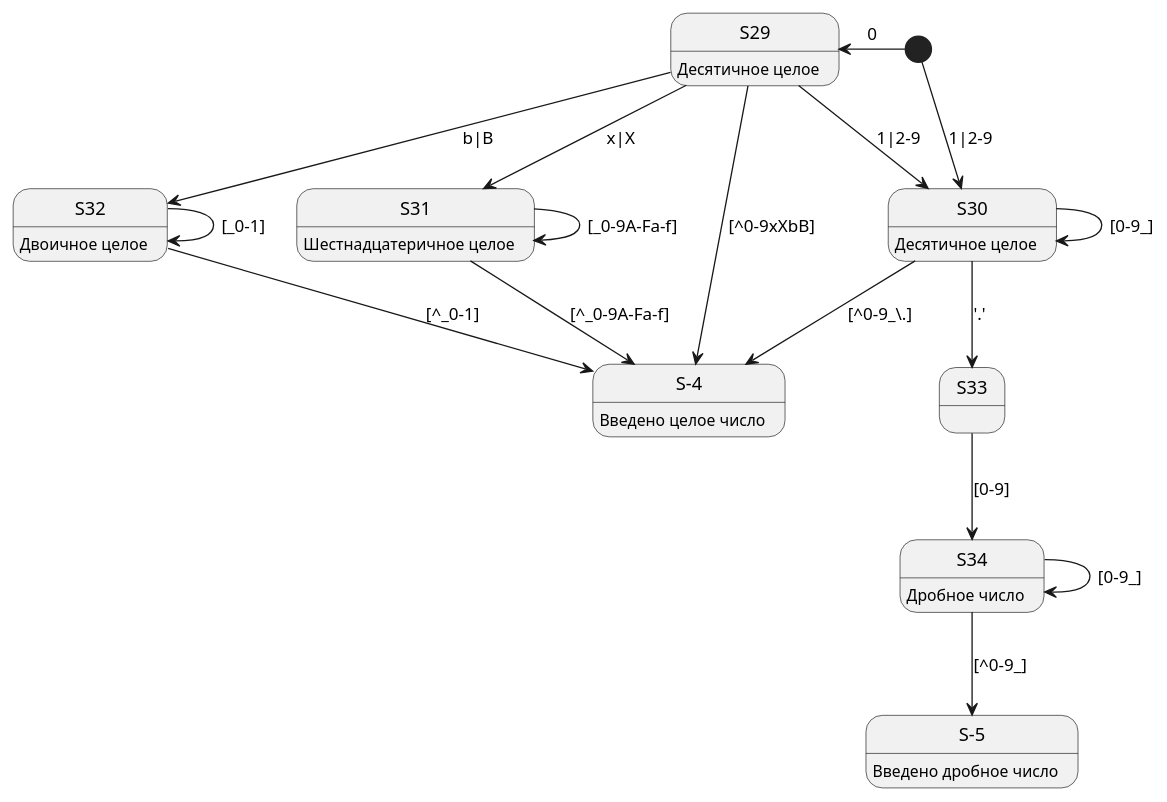
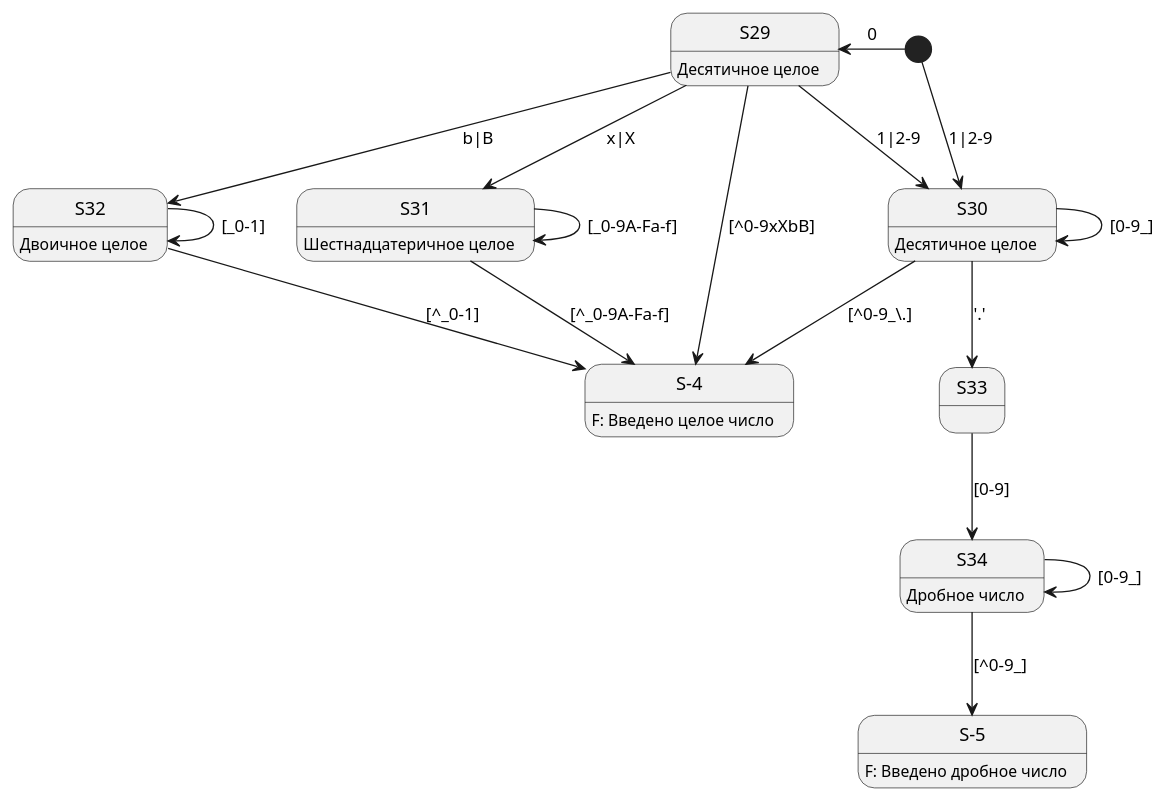
Before and after one commit to vladimirlll/CSharpLexicalAnalyzer: the diagram in Диаграмма состояния для ЛА/sd4.puml, drawn with PlantUML. The commit also changed 6 other files, not shown here.

Commit message:
Небольшие изменения - изменение нейминга в диаграммах, удаление мертвого кода

```diff
--- a/Диаграмма состояния для ЛА/sd4.puml
+++ b/Диаграмма состояния для ЛА/sd4.puml
@@ -1,34 +1,34 @@
 @startuml "sd4"
 
 state "S-4" as Integer
 state "S-5" as Real 
-Integer : Введено целое число
-Real : Введено дробное число
+Integer : F: Введено целое число
+Real : F: Введено дробное число
 
 [*] -left-> S29 : 0
 S29 --> S30 : 1|2-9
 S29 --> S31 : x|X
 S29 --> S32 : b|B
 S29 --> Integer : [^0-9xXbB]
 S29 : Десятичное целое
 
 [*] --> S30 : 1|2-9
 S30 --> S30 : [0-9_]
 S30 --> S33 : '.'
 S30 --> Integer : [^0-9_\.]
 S30 : Десятичное целое
 
 S31 --> S31 : [_0-9A-Fa-f]
 S31 : Шестнадцатеричное целое
 S31 --> Integer : [^_0-9A-Fa-f]
 
 S32 --> S32 : [_0-1]
 S32 : Двоичное целое
 S32 --> Integer : [^_0-1]
 
 S33 --> S34 : [0-9]
 S34 --> S34 : [0-9_]
 S34 --> Real : [^0-9_]
 S34 : Дробное число
 
 @enduml
```
